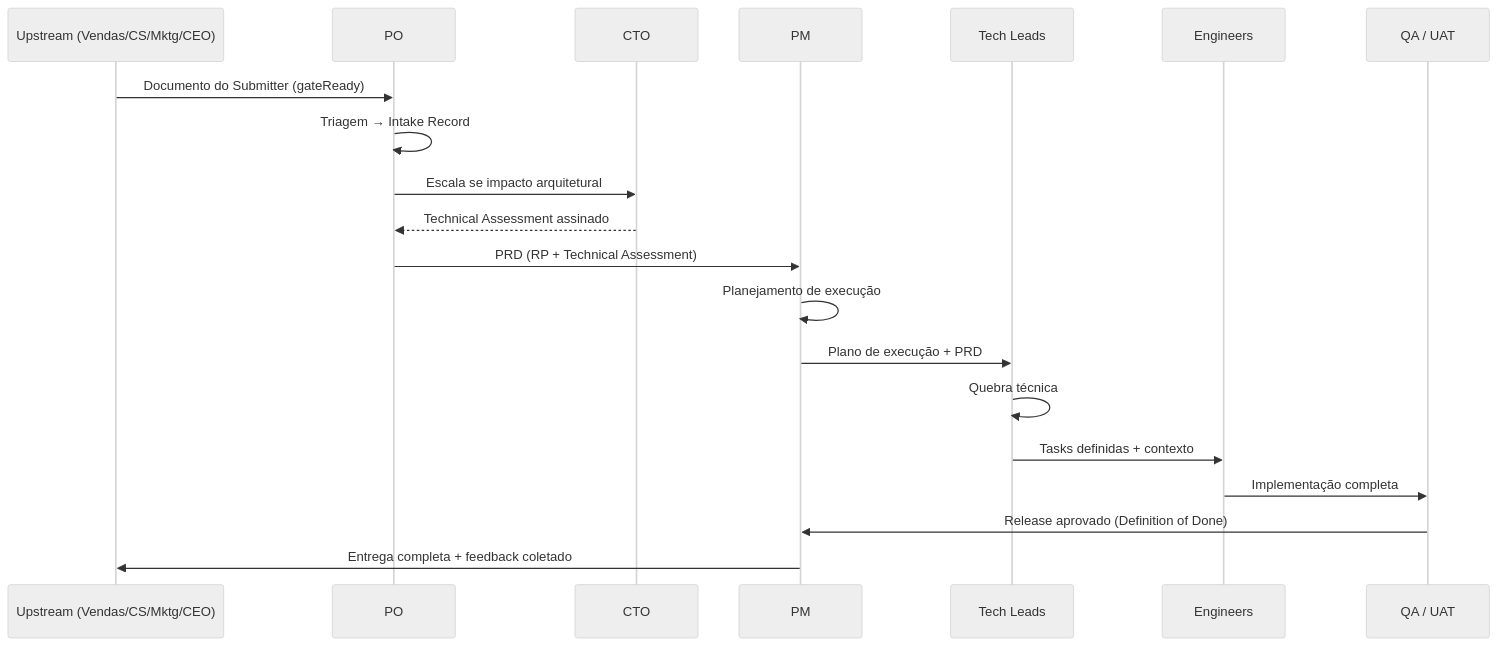
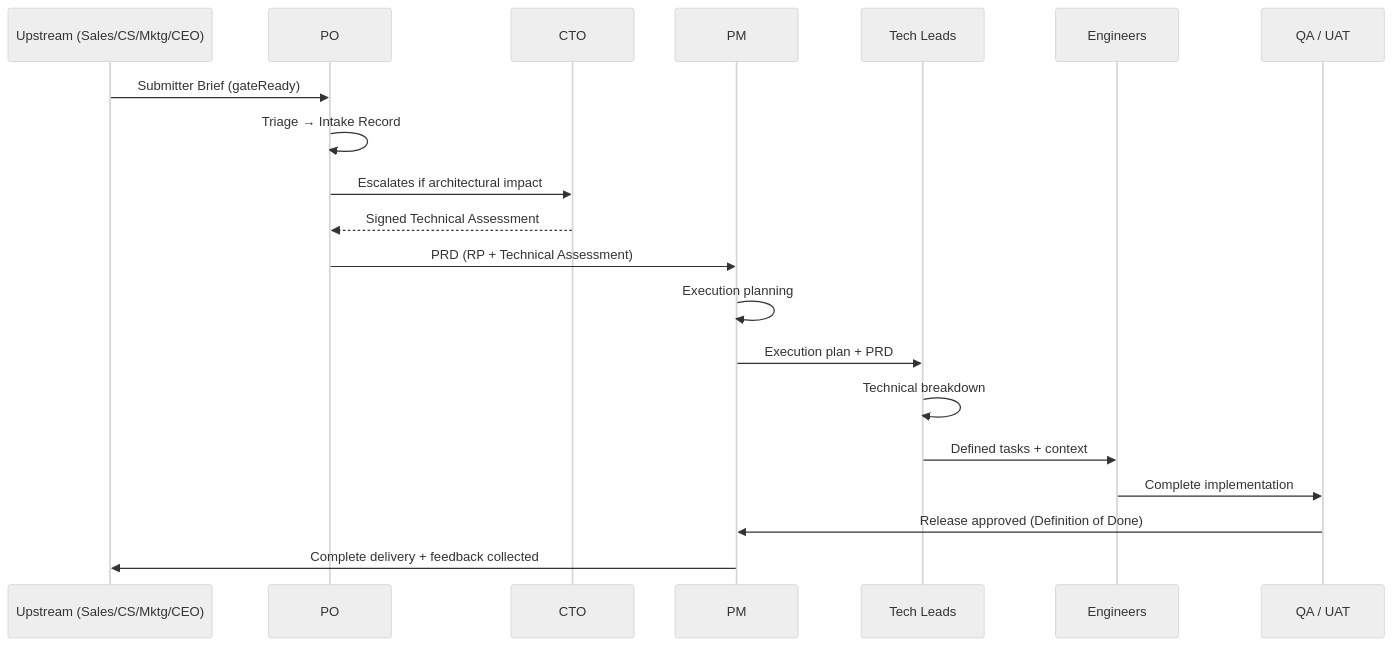
The second of 2 diagrams in 02-happy-path.md (hugo-hsbtech/teamwork-process), drawn with Mermaid (neutral theme) before and after one commit. The commit also changed other lines of this file and 63 other files, not shown here.

````diff
--- a/02-happy-path.md
+++ b/02-happy-path.md
@@ -298,23 +298,23 @@
 ```mermaid
 sequenceDiagram
-    participant UP as Upstream (Vendas/CS/Mktg/CEO)
+    participant UP as Upstream (Sales/CS/Mktg/CEO)
     participant PO as PO
     participant CTO as CTO
     participant PM as PM
     participant TL as Tech Leads
     participant ENG as Engineers
     participant QA as QA / UAT
 
-    UP->>PO: Documento do Submitter (gateReady)
-    PO->>PO: Triagem → Intake Record
-    PO->>CTO: Escala se impacto arquitetural
-    CTO-->>PO: Technical Assessment assinado
+    UP->>PO: Submitter Brief (gateReady)
+    PO->>PO: Triage → Intake Record
+    PO->>CTO: Escalates if architectural impact
+    CTO-->>PO: Signed Technical Assessment
     PO->>PM: PRD (RP + Technical Assessment)
-    PM->>PM: Planejamento de execução
-    PM->>TL: Plano de execução + PRD
-    TL->>TL: Quebra técnica
-    TL->>ENG: Tasks definidas + contexto
-    ENG->>QA: Implementação completa
-    QA->>PM: Release aprovado (Definition of Done)
-    PM->>UP: Entrega completa + feedback coletado
+    PM->>PM: Execution planning
+    PM->>TL: Execution plan + PRD
+    TL->>TL: Technical breakdown
+    TL->>ENG: Defined tasks + context
+    ENG->>QA: Complete implementation
+    QA->>PM: Release approved (Definition of Done)
+    PM->>UP: Complete delivery + feedback collected
 ```
````
